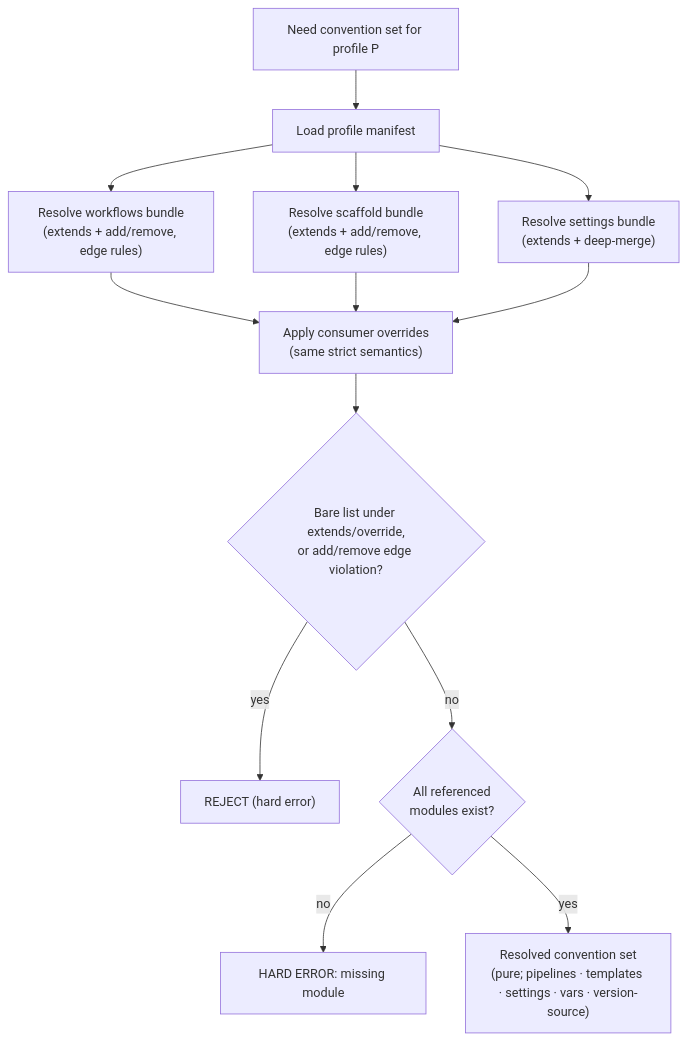
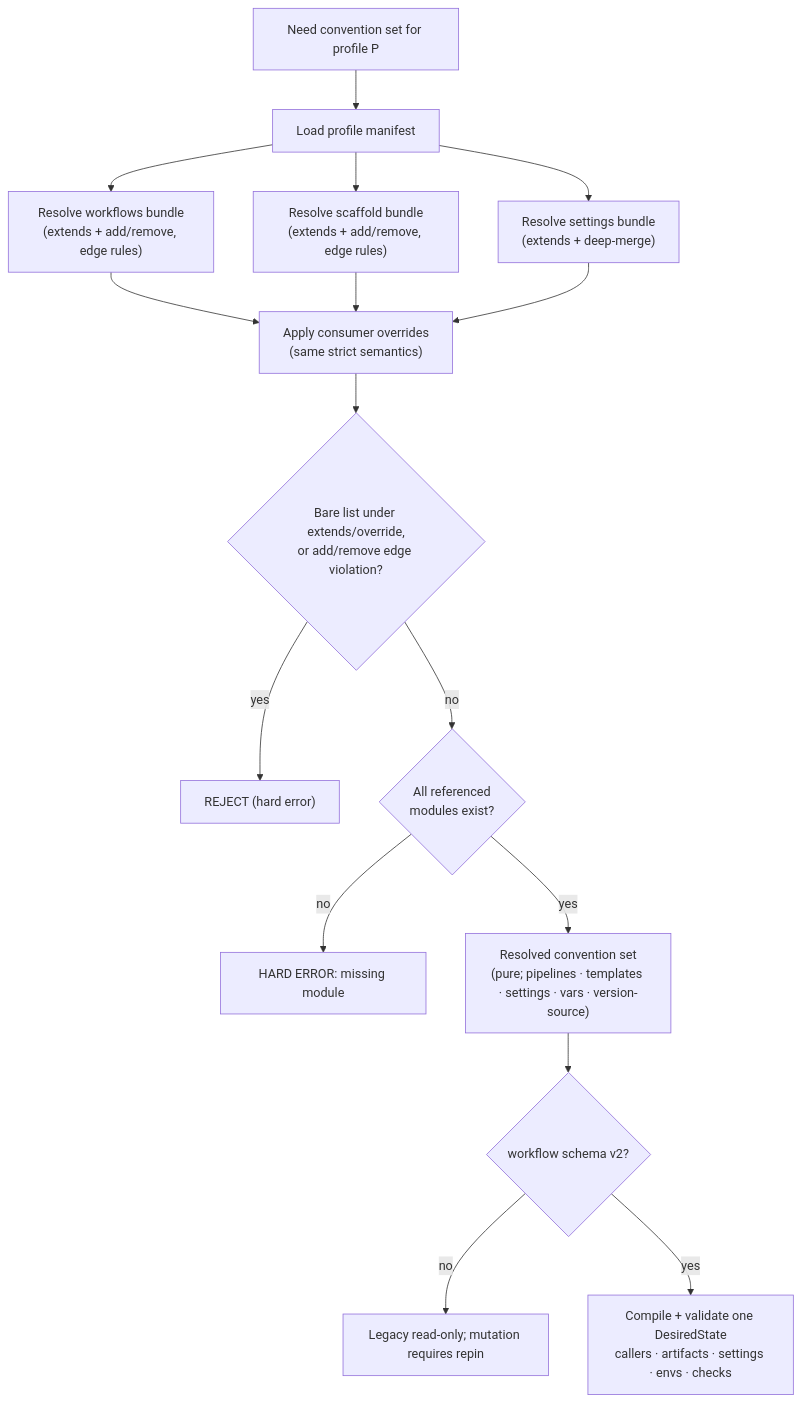
The third of 3 diagrams in docs/requirements/core/modularity.md (amattas/aviato), drawn with Mermaid before and after one commit. The commit also changed other lines of this file and 29 other files, not shown here.

Commit message:
feat(core): compile pipeline-owned workflow graphs

````diff
--- a/docs/requirements/core/modularity.md
+++ b/docs/requirements/core/modularity.md
@@ -114,15 +130,18 @@
 ```mermaid
 flowchart TD
     A["Need convention set for profile P"] --> B["Load profile manifest"]
     B --> C["Resolve workflows bundle<br/>(extends + add/remove, edge rules)"]
     B --> D["Resolve scaffold bundle<br/>(extends + add/remove, edge rules)"]
     B --> E["Resolve settings bundle<br/>(extends + deep-merge)"]
     C --> F["Apply consumer overrides<br/>(same strict semantics)"]
     D --> F
     E --> F
     F --> G{"Bare list under extends/override,<br/>or add/remove edge violation?"}
     G -- yes --> H["REJECT (hard error)"]
     G -- no --> I{"All referenced<br/>modules exist?"}
     I -- no --> J["HARD ERROR: missing module"]
     I -- yes --> K["Resolved convention set<br/>(pure; pipelines · templates · settings · vars · version-source)"]
+    K --> L{"workflow schema v2?"}
+    L -- no --> M["Legacy read-only; mutation requires repin"]
+    L -- yes --> N["Compile + validate one DesiredState<br/>callers · artifacts · settings · envs · checks"]
 ```
````
